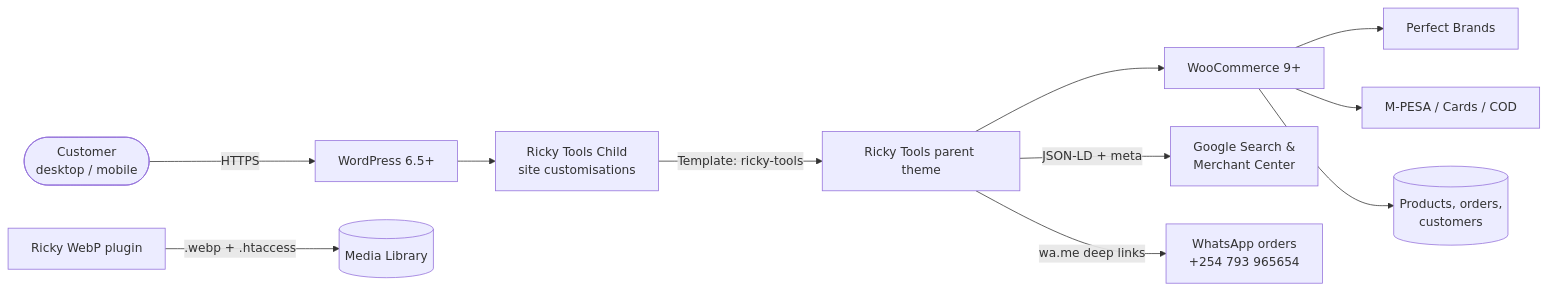
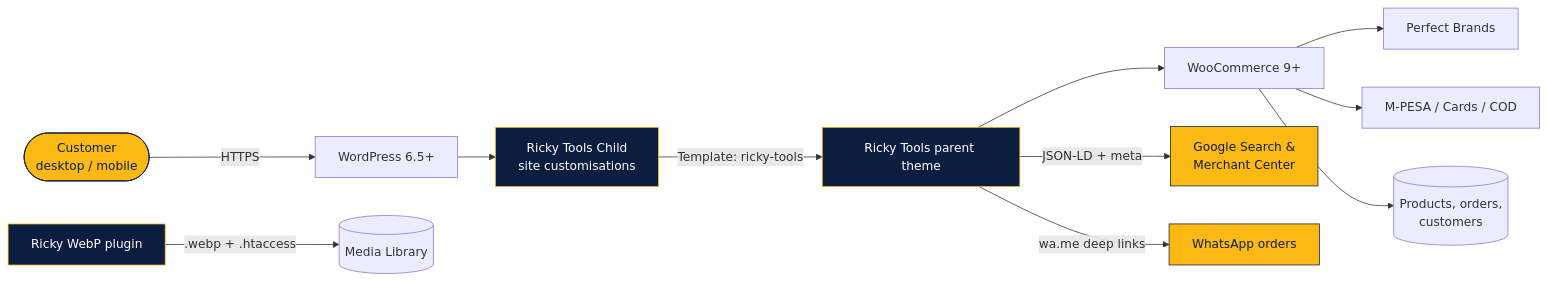
One commit to moselanto/rickytools changed the first of 4 diagrams in README.md. Above: the diagram before and after it, drawn with Mermaid. The commit also changed other lines of this file and 1 other file, not shown here.

````diff
--- a/README.md
+++ b/README.md
@@ -106,13 +183,18 @@
 ```mermaid
 flowchart LR
     V([Customer<br/>desktop / mobile]) -->|HTTPS| WP[WordPress 6.5+]
     WP --> CH[Ricky Tools Child<br/>site customisations]
     CH -->|Template: ricky-tools| PT[Ricky Tools parent theme]
     PT --> WC[WooCommerce 9+]
     WC --> PB[Perfect Brands]
     WC --> PAY[M-PESA / Cards / COD]
     PT -->|JSON-LD + meta| GMC[Google Search &<br/>Merchant Center]
-    PT -->|wa.me deep links| WA[WhatsApp orders<br/>+254 793 965654]
+    PT -->|wa.me deep links| WA[WhatsApp orders]
     WEBP[Ricky WebP plugin] -->|.webp + .htaccess| MEDIA[(Media Library)]
     WC --> DB[(Products, orders,<br/>customers)]
+
+    classDef navy fill:#0B1E3F,stroke:#FDB913,color:#fff
+    classDef yellow fill:#FDB913,stroke:#0B1E3F,color:#0B1E3F
+    class PT,CH,WEBP navy
+    class V,WA,GMC yellow
 ```
````
